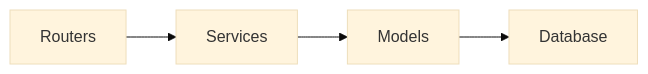
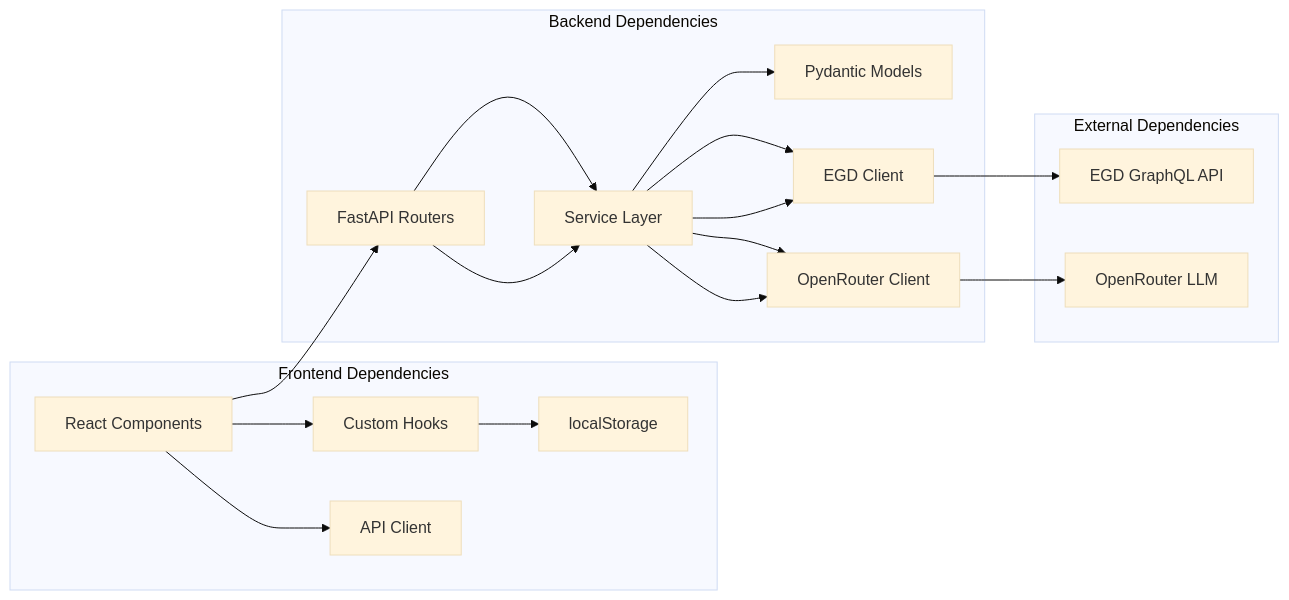
One commit to Ragnar1999/GoNow changed the eighth of 8 diagrams in .qoder/repowiki/en/content/Architecture Guide/Architecture Guide.md. Above: the diagram before and after it, drawn with Mermaid (base theme). The commit also changed other lines of this file and 6 other files, not shown here.

````diff
--- a/.qoder/repowiki/en/content/Architecture Guide/Architecture Guide.md
+++ b/.qoder/repowiki/en/content/Architecture Guide/Architecture Guide.md
@@ -192,6 +363,22 @@
 ```mermaid
 graph LR
-Routers["Routers"] --> Services["Services"]
-Services --> Models["Models"]
-Models --> DB["Database"]
+subgraph "Frontend Dependencies"
+React["React Components"] --> Hooks["Custom Hooks"]
+React --> APIClient["API Client"]
+Hooks --> LocalStorage["localStorage"]
+end
+subgraph "Backend Dependencies"
+Routers["FastAPI Routers"] --> Services["Service Layer"]
+Services --> Models["Pydantic Models"]
+Services --> EGD["EGD Client"]
+Services --> AI["OpenRouter Client"]
+end
+subgraph "External Dependencies"
+EGD --> GraphQL["EGD GraphQL API"]
+AI --> LLM["OpenRouter LLM"]
+end
+React --> Routers
+Routers --> Services
+Services --> EGD
+Services --> AI
 ```
````
